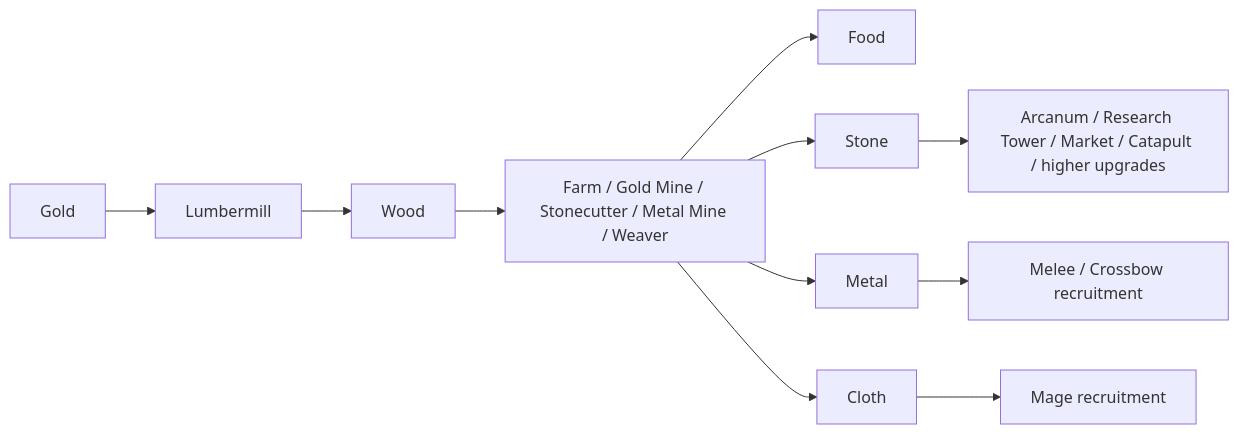
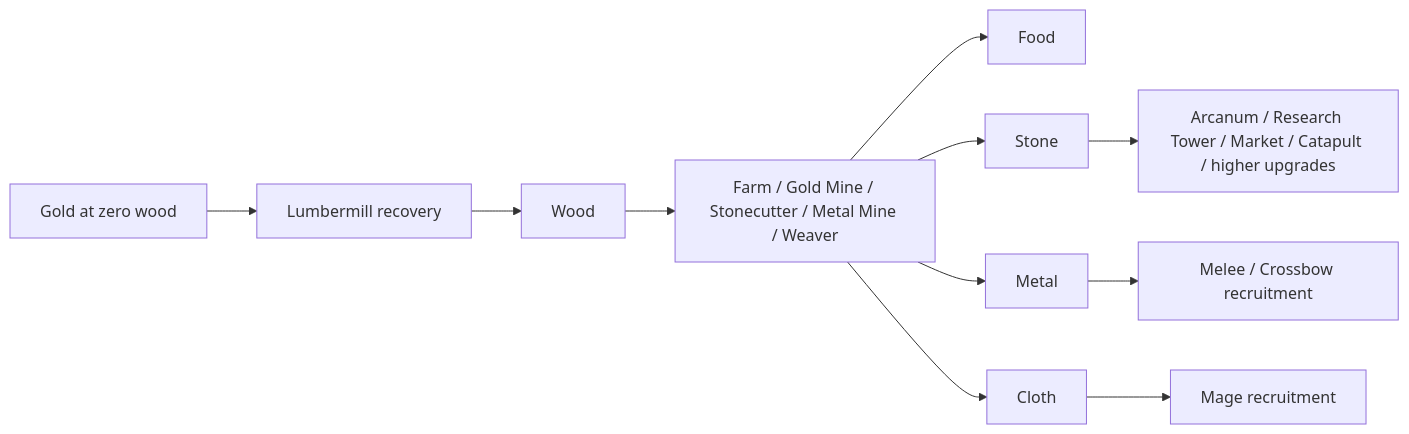
Before and after one commit to seraph1nia/odot-game: the diagram in docs/gameplay.md, drawn with Mermaid. The commit also changed other lines of this file and 43 other files, not shown here.

````diff
--- a/docs/gameplay.md
+++ b/docs/gameplay.md
@@ -27,13 +27,13 @@
 ```mermaid
 flowchart LR
-    G[Gold] --> L[Lumbermill]
+    G[Gold at zero wood] --> L[Lumbermill recovery]
     L --> W[Wood]
     W --> P[Farm / Gold Mine / Stonecutter / Metal Mine / Weaver]
     P --> F[Food]
     P --> S[Stone]
     P --> M[Metal]
     P --> C[Cloth]
     M --> A[Melee / Crossbow recruitment]
     C --> B[Mage recruitment]
     S --> H[Arcanum / Research Tower / Market / Catapult / higher upgrades]
 ```
````
